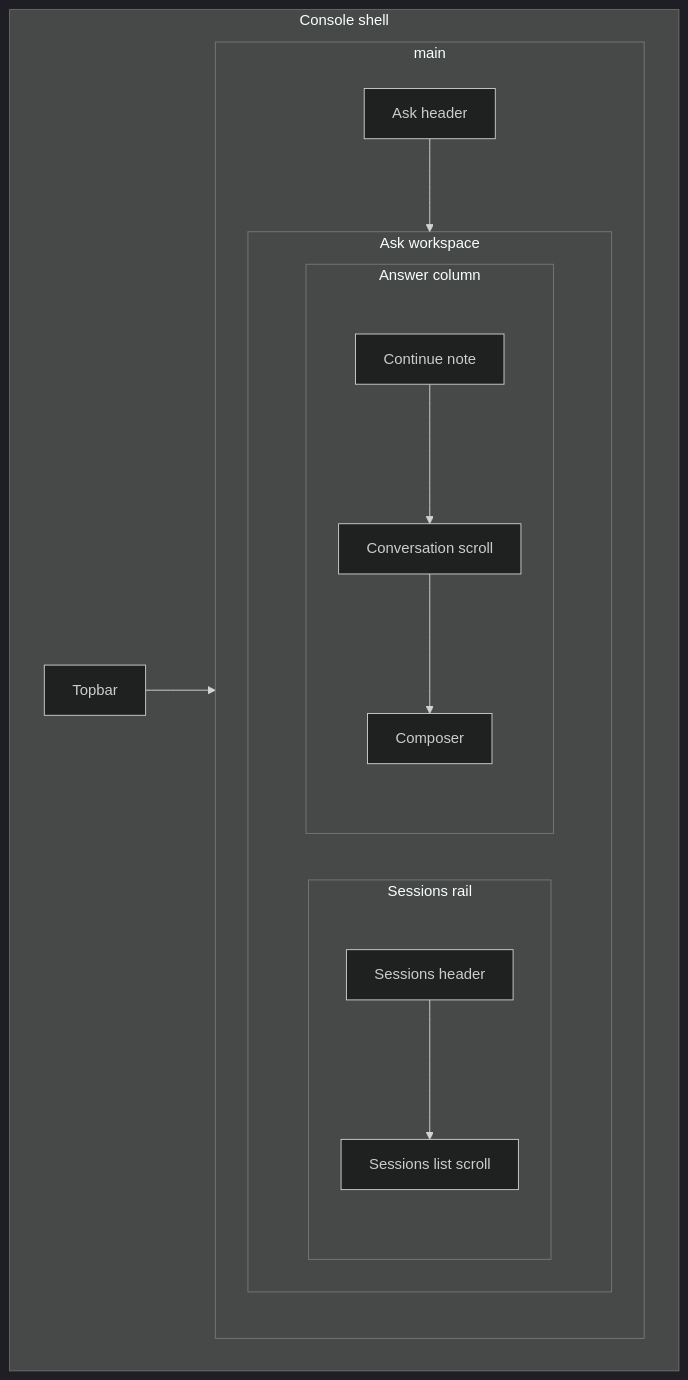
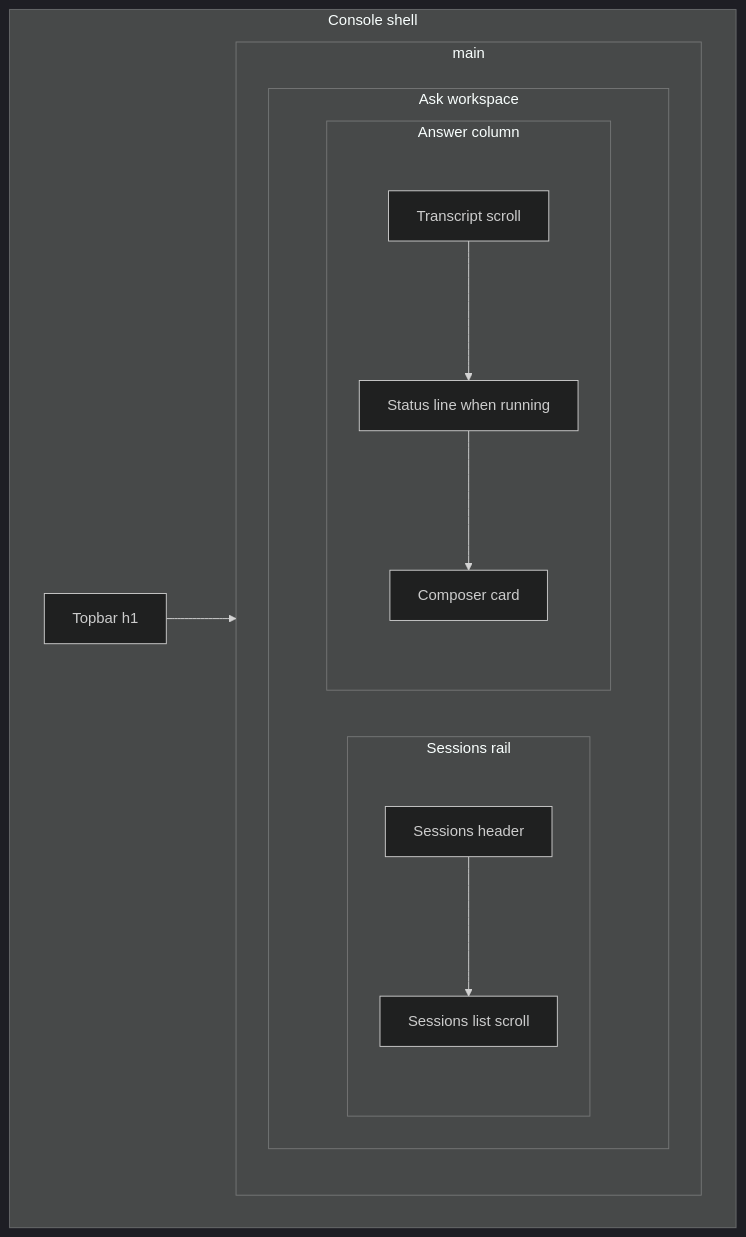
One commit to Nagdy8888/smart-rag changed the diagram in docs/frontend/workspace-screens.md. Above: the diagram before and after it, drawn with Mermaid (dark theme). The commit also changed other lines of this file and 196 other files, not shown here.

````diff
--- a/docs/frontend/workspace-screens.md
+++ b/docs/frontend/workspace-screens.md
@@ -86,25 +93,23 @@
 ```mermaid
 flowchart TB
   subgraph shell [Console shell]
-    topbar[Topbar]
+    topbar[Topbar h1]
     subgraph mainArea [main]
-      askHeader[Ask header]
       subgraph workspace [Ask workspace]
         subgraph sessionsRail [Sessions rail]
           sessionsHeader[Sessions header]
           sessionsList[Sessions list scroll]
         end
         subgraph answerColumn [Answer column]
-          stageHeader[Continue note]
-          conversation[Conversation scroll]
-          composer[Composer]
+          conversation[Transcript scroll]
+          statusLine[Status line when running]
+          composer[Composer card]
         end
       end
     end
   end
   topbar --> mainArea
-  askHeader --> workspace
   sessionsHeader --> sessionsList
-  stageHeader --> conversation
-  conversation --> composer
+  conversation --> statusLine
+  statusLine --> composer
 ```
````
